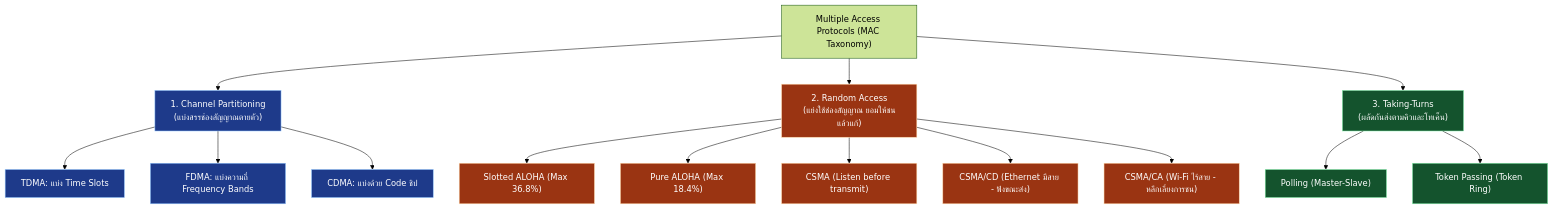
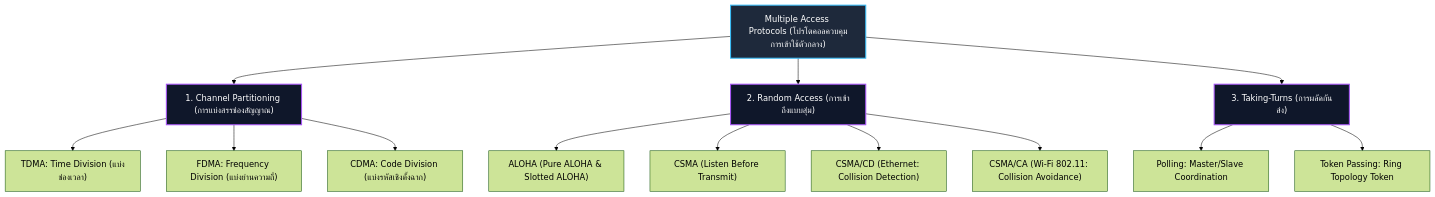
The fourth of 7 diagrams in 05_Wiki/Chapter_06_Link_Layer_and_Wireless/01_Lecture_06_Chapter_6_Link_Layer_and_LANs_v9.md (kanomoo/computer-network-and-Internet), drawn with Mermaid (forest theme) before and after one commit. The commit also changed other lines of this file and 8 other files, not shown here.

````diff
--- a/05_Wiki/Chapter_06_Link_Layer_and_Wireless/01_Lecture_06_Chapter_6_Link_Layer_and_LANs_v9.md
+++ b/05_Wiki/Chapter_06_Link_Layer_and_Wireless/01_Lecture_06_Chapter_6_Link_Layer_and_LANs_v9.md
@@ -404,28 +941,24 @@
 ```mermaid
-flowchart TD
-    TAX["Multiple Access Protocols (MAC Taxonomy)"]
+graph TD
+    MAC["Multiple Access Protocols (โปรโตคอลควบคุมการเข้าใช้ตัวกลาง)"]
+    
+    MAC --> CP["1. Channel Partitioning (การแบ่งสรรช่องสัญญาณ)"]
+    CP --> TDMA["TDMA: Time Division (แบ่งช่องเวลา)"]
+    CP --> FDMA["FDMA: Frequency Division (แบ่งย่านความถี่)"]
+    CP --> CDMA["CDMA: Code Division (แบ่งรหัสเชิงตั้งฉาก)"]
 
-    TAX --> CP["1. Channel Partitioning<br/>(แบ่งสรรช่องสัญญาณตายตัว)"]
-    TAX --> RA["2. Random Access<br/>(แย่งใช้ช่องสัญญาณ ยอมให้ชนแล้วแก้)"]
-    TAX --> TT["3. Taking-Turns<br/>(ผลัดกันส่งตามคิวและโทเค็น)"]
+    MAC --> RA["2. Random Access (การเข้าถึงแบบสุ่ม)"]
+    RA --> ALOHA["ALOHA (Pure ALOHA & Slotted ALOHA)"]
+    RA --> CSMA["CSMA (Listen Before Transmit)"]
+    RA --> CSMACD["CSMA/CD (Ethernet: Collision Detection)"]
+    RA --> CSMACA["CSMA/CA (Wi-Fi 802.11: Collision Avoidance)"]
 
-    CP --> TDMA["TDMA: แบ่ง Time Slots"]
-    CP --> FDMA["FDMA: แบ่งความถี่ Frequency Bands"]
-    CP --> CDMA["CDMA: แบ่งด้วย Code ชิป"]
+    MAC --> TT["3. Taking-Turns (การผลัดกันส่ง)"]
+    TT --> Poll["Polling: Master/Slave Coordination"]
+    TT --> Token["Token Passing: Ring Topology Token"]
 
-    RA --> ALOHA_S["Slotted ALOHA (Max 36.8%)"]
-    RA --> ALOHA_P["Pure ALOHA (Max 18.4%)"]
-    RA --> CSMA["CSMA (Listen before transmit)"]
-    RA --> CSMACD["CSMA/CD (Ethernet มีสาย - ฟังขณะส่ง)"]
-    RA --> CSMACA["CSMA/CA (Wi-Fi ไร้สาย - หลีกเลี่ยงการชน)"]
-
-    TT --> POLL["Polling (Master-Slave)"]
-    TT --> TOKEN["Token Passing (Token Ring)"]
-
-    classDef cp fill:#1e3a8a,stroke:#93c5fd,color:#fff;
-    classDef ra fill:#9a3412,stroke:#fed7aa,color:#fff;
-    classDef tt fill:#14532d,stroke:#86efac,color:#fff;
-    class CP,TDMA,FDMA,CDMA cp;
-    class RA,ALOHA_S,ALOHA_P,CSMA,CSMACD,CSMACA ra;
-    class TT,POLL,TOKEN tt;
+    classDef main fill:#1e293b,stroke:#38bdf8,stroke-width:2px,color:#fff;
+    classDef sub fill:#0f172a,stroke:#a855f7,stroke-width:2px,color:#fff;
+    class MAC main;
+    class CP,RA,TT sub;
 ```
````
